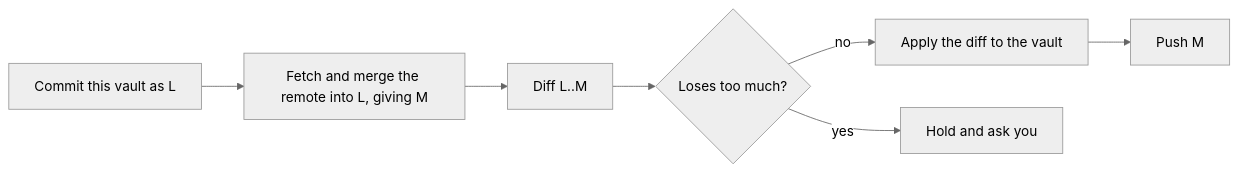
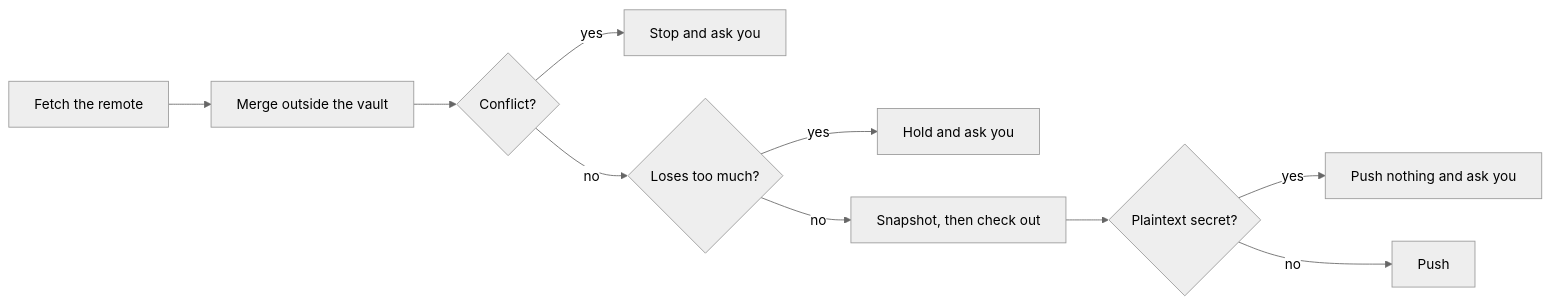
One commit to wyx-sg/Coffer changed the diagram in docs-site/guides/vault-sync.md. Above: the diagram before and after it, drawn with Mermaid (neutral theme). The commit also changed other lines of this file and 4384 other files, not shown here.

First line of the commit message:
feat: Coffer rework — vault files, secret boundary, rebuilt UI (0.2.0) (#471)

````diff
--- a/docs-site/guides/vault-sync.md
+++ b/docs-site/guides/vault-sync.md
@@ -133,9 +120,12 @@
 ```mermaid
 flowchart LR
-  A["Commit this vault as L"] --> B["Fetch and merge the remote into L, giving M"]
-  B --> C["Diff L..M"]
-  C --> D{"Loses too much?"}
-  D -- "no" --> E["Apply the diff to the vault"]
-  E --> F["Push M"]
+  A["Fetch the remote"] --> B["Merge outside the vault"]
+  B --> C{"Conflict?"}
+  C -- "yes" --> S["Stop and ask you"]
+  C -- "no" --> D{"Loses too much?"}
   D -- "yes" --> H["Hold and ask you"]
+  D -- "no" --> E["Snapshot, then check out"]
+  E --> P{"Plaintext secret?"}
+  P -- "yes" --> N["Push nothing and ask you"]
+  P -- "no" --> F["Push"]
 ```
````
